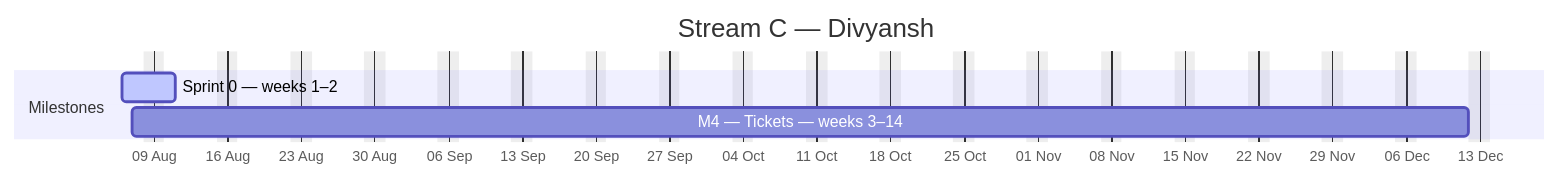
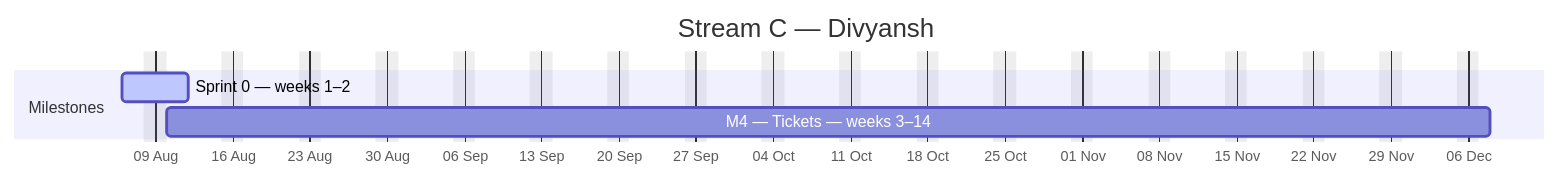
Before and after one commit to debashisedunext/EduTrack: the third of 4 diagrams in docs/plan/GANTT.md, drawn with Mermaid. The commit also changed other lines of this file and 3 other files, not shown here.

````diff
--- a/docs/plan/GANTT.md
+++ b/docs/plan/GANTT.md
@@ -157,10 +160,10 @@
 ```mermaid
 gantt
     dateFormat YYYY-MM-DD
     axisFormat %d %b
     title Stream C — Divyansh
     excludes weekends
     section Milestones
-    Sprint 0 — weeks 1–2 :active, c0, 2026-08-06, 3d
-    M4 — Tickets — weeks 3–14 :c1, 2026-08-07, 91d
+    Sprint 0 — weeks 1–2 :active, c0, 2026-08-06, 4d
+    M4 — Tickets — weeks 3–14 :c1, 2026-08-10, 86d
 ```
````
